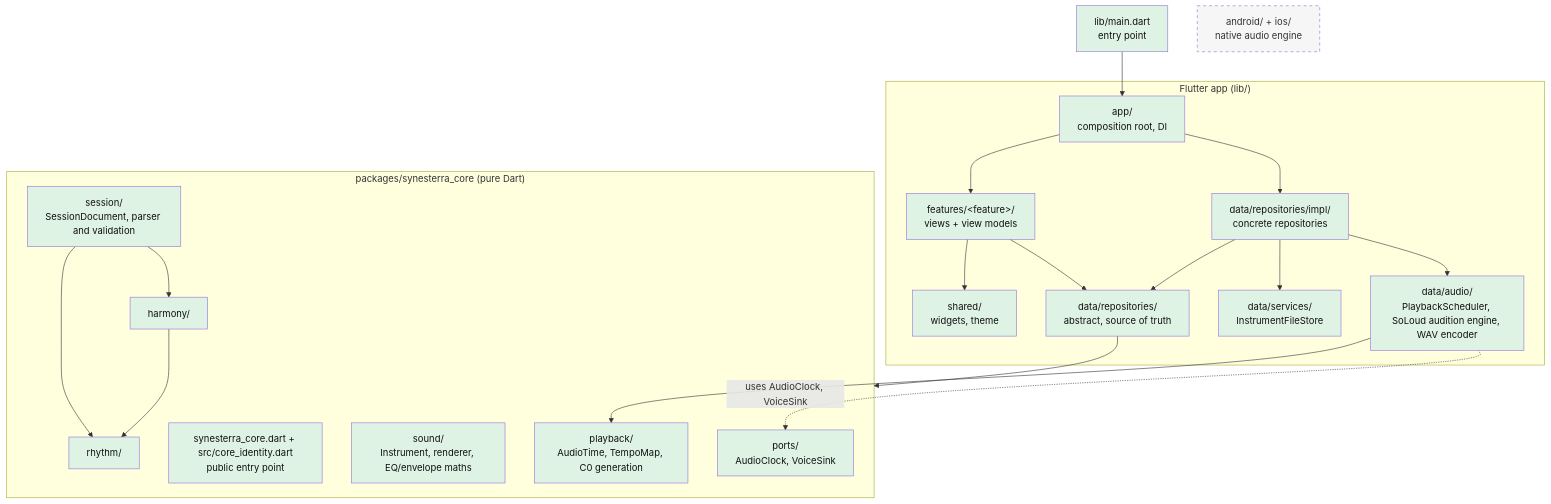
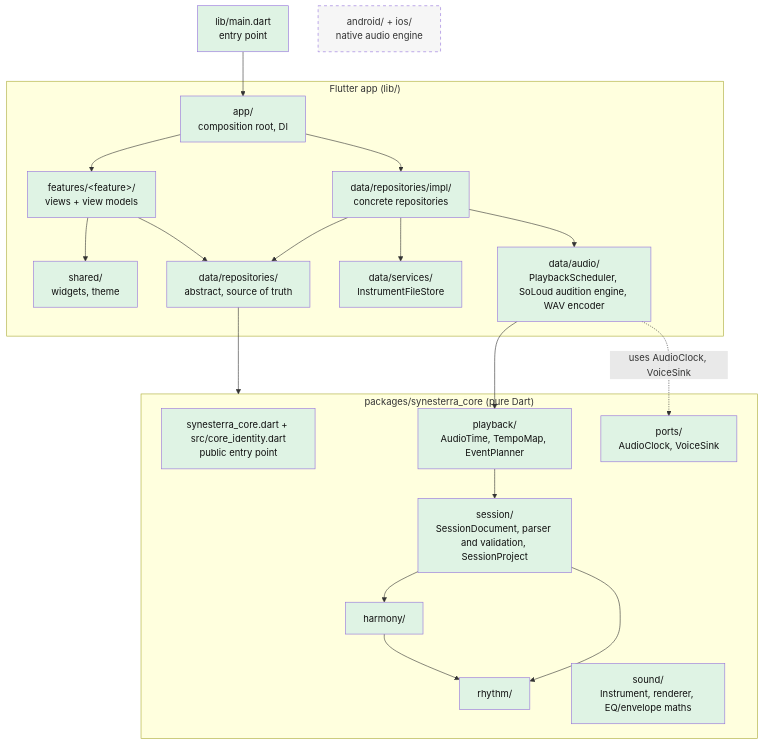
Before and after one commit to KornelSzyszka/synesterra-mobile: the diagram in docs/architecture.md, drawn with Mermaid.

Commit message:
AGT-074: Describe the merged EventPlanner and SessionProject

````diff
--- a/docs/architecture.md
+++ b/docs/architecture.md
@@ -5,45 +5,46 @@
 ```mermaid
 flowchart TD
     main["lib/main.dart<br/>entry point"]
     subgraph app["Flutter app (lib/)"]
         root["app/<br/>composition root, DI"]
         features["features/&lt;feature&gt;/<br/>views + view models"]
         shared["shared/<br/>widgets, theme"]
         repos["data/repositories/<br/>abstract, source of truth"]
         impl["data/repositories/impl/<br/>concrete repositories"]
         services["data/services/<br/>InstrumentFileStore"]
         audio["data/audio/<br/>PlaybackScheduler, SoLoud audition engine, WAV encoder"]
     end
     subgraph core["packages/synesterra_core (pure Dart)"]
         corePublic["synesterra_core.dart + src/core_identity.dart<br/>public entry point"]
-        session["session/<br/>SessionDocument, parser and validation"]
+        session["session/<br/>SessionDocument, parser and validation, SessionProject"]
         rhythm["rhythm/"]
         sound["sound/<br/>Instrument, renderer, EQ/envelope maths"]
         harmony["harmony/"]
-        playback["playback/<br/>AudioTime, TempoMap, C0 generation"]
+        playback["playback/<br/>AudioTime, TempoMap, EventPlanner"]
         ports["ports/<br/>AudioClock, VoiceSink"]
     end
     native["android/ + ios/<br/>native audio engine"]
 
     main --> root
     root --> features
     root --> impl
     features --> shared
     features --> repos
     impl --> repos
     impl --> services
     impl --> audio
     repos --> core
     audio --> playback
+    playback --> session
     audio -. "uses AudioClock, VoiceSink" .-> ports
     harmony --> rhythm
     session --> rhythm
     session --> harmony
 
     classDef planned stroke-dasharray: 5 5,fill:#f6f6f6,color:#333
     classDef exists fill:#dff3e4,color:#111
     class main exists
     class corePublic exists
     class root,features,shared,repos,impl,services,audio,session,rhythm,sound,harmony,playback,ports exists
     class native planned
 ```
````
